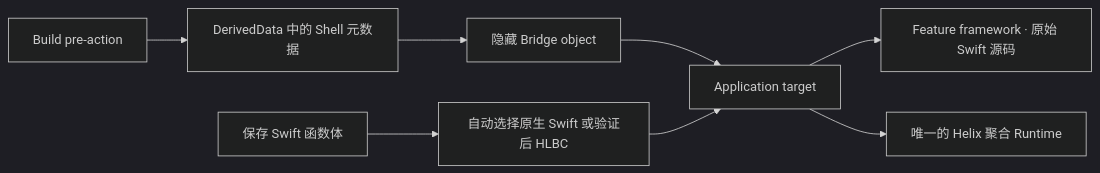
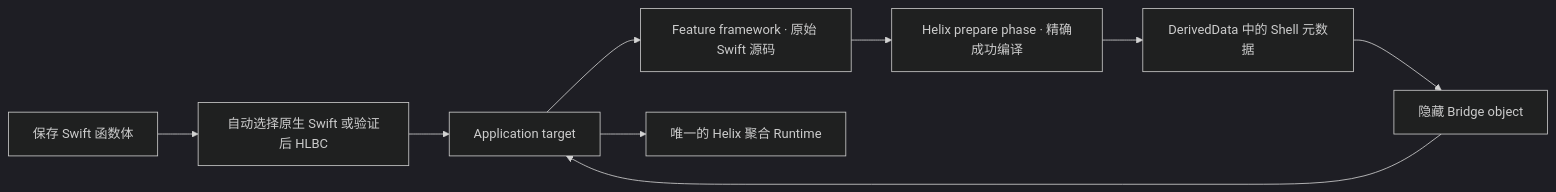
The diagram in Docs/Getting-Started.zh-CN.md (TangentW/Helix), drawn with Mermaid (dark theme) before and after one commit. The commit also changed other lines of this file and 69 other files, not shown here.

````diff
--- a/Docs/Getting-Started.zh-CN.md
+++ b/Docs/Getting-Started.zh-CN.md
@@ -20,10 +20,11 @@
 ```mermaid
 flowchart LR
     A["Application target"] --> F["Feature framework · 原始 Swift 源码"]
     A --> R["唯一的 Helix 聚合 Runtime"]
-    P["Build pre-action"] --> S["DerivedData 中的 Shell 元数据"]
+    F --> P["Helix prepare phase · 精确成功编译"]
+    P --> S["DerivedData 中的 Shell 元数据"]
     S --> H["隐藏 Bridge object"]
     H --> A
     D["保存 Swift 函数体"] --> N["自动选择原生 Swift 或验证后 HLBC"]
     N --> A
 ```
````
